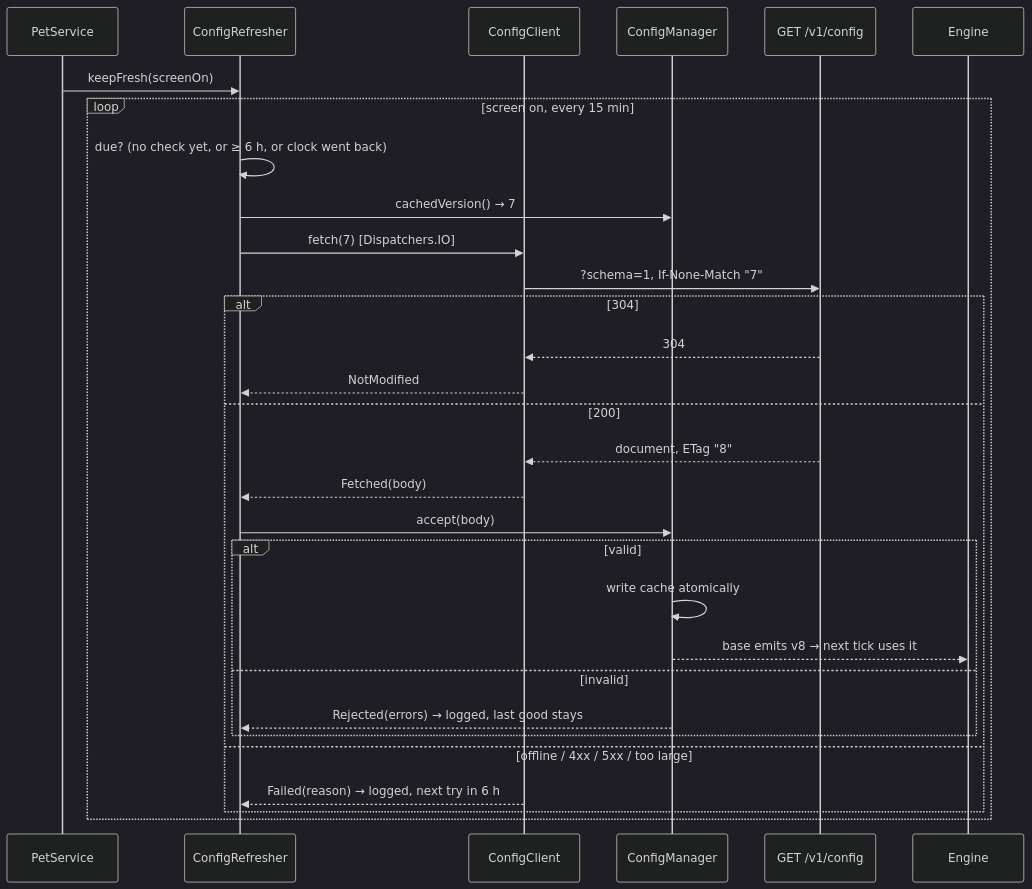
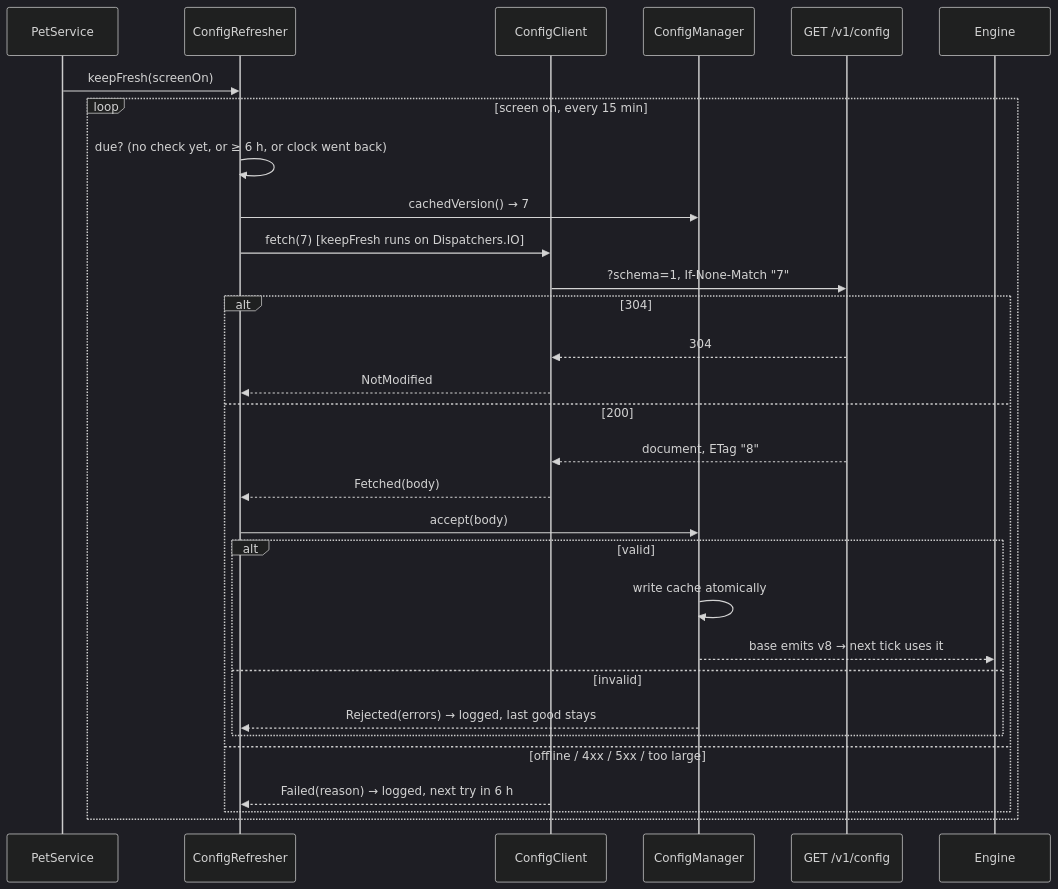
Diagram 21 of 21 in docs/ARCHITECTURE.md (Rahul12Arora/Tommy), drawn with Mermaid (dark theme) before and after one commit. The commit also changed other lines of this file and 14 other files, not shown here.

````diff
--- a/docs/ARCHITECTURE.md
+++ b/docs/ARCHITECTURE.md
@@ -2801,32 +2802,32 @@
 ```mermaid
 sequenceDiagram
   participant S as PetService
   participant R as ConfigRefresher
   participant C as ConfigClient
   participant M as ConfigManager
   participant API as GET /v1/config
   participant E as Engine
   S->>R: keepFresh(screenOn)
   loop screen on, every 15 min
     R->>R: due? (no check yet, or ≥ 6 h, or clock went back)
     R->>M: cachedVersion() → 7
-    R->>C: fetch(7)  [Dispatchers.IO]
+    R->>C: fetch(7)  [keepFresh runs on Dispatchers.IO]
     C->>API: ?schema=1, If-None-Match "7"
     alt 304
       API-->>C: 304
       C-->>R: NotModified
     else 200
       API-->>C: document, ETag "8"
       C-->>R: Fetched(body)
       R->>M: accept(body)
       alt valid
         M->>M: write cache atomically
         M-->>E: base emits v8 → next tick uses it
       else invalid
         M-->>R: Rejected(errors) → logged, last good stays
       end
     else offline / 4xx / 5xx / too large
       C-->>R: Failed(reason) → logged, next try in 6 h
     end
   end
 ```
````
